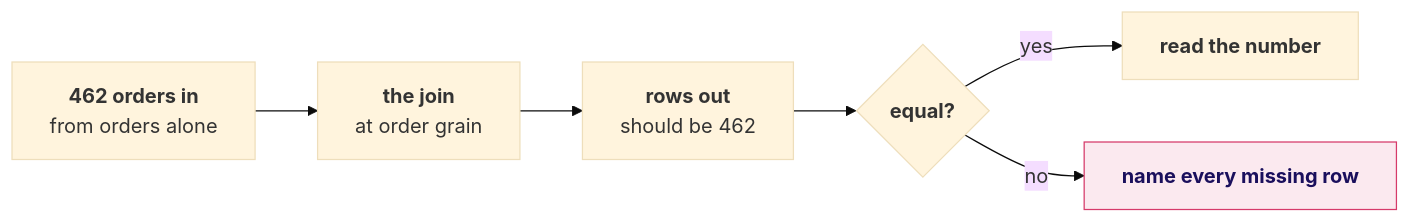
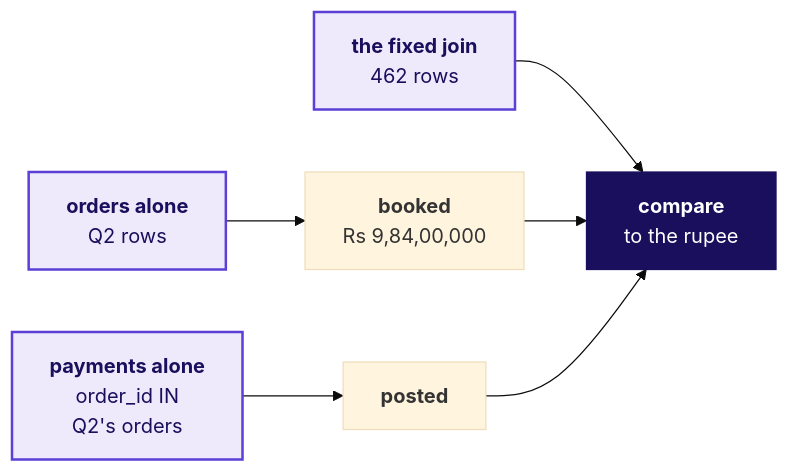
One commit to fde-academy-lab/c2-content-factory changed diagram 12 of 25 in content/W02/D2/slides/C2_W02_D02_half1_STUDENT.md. Above: the diagram before and after it, drawn with Mermaid (base theme). The commit also changed other lines of this file and 11 other files, not shown here.

````diff
--- a/content/W02/D2/slides/C2_W02_D02_half1_STUDENT.md
+++ b/content/W02/D2/slides/C2_W02_D02_half1_STUDENT.md
@@ -510,10 +843,12 @@
 ```mermaid
 flowchart LR
-    A["<b>462 orders in</b><br/>from orders alone"] --> J["<b>the join</b><br/>at order grain"]
-    J --> B["<b>rows out</b><br/>should be 462"]
-    B --> Q{"<b>equal?</b>"}
-    Q -->|"yes"| N["<b>read the number</b>"]
-    Q -->|"no"| E["<b>name every missing row</b>"]
-    classDef bad fill:#FBE9EF,stroke:#D63A6A,color:#1A0F5C
-    class E bad
+    O["<b>orders alone</b><br/>Q2 rows"] --> B["<b>booked</b><br/>Rs 9,84,00,000"]
+    P["<b>payments alone</b><br/>order_id IN<br/>Q2's orders"] --> S["<b>posted</b>"]
+    J["<b>the fixed join</b><br/>462 rows"] --> C["<b>compare</b><br/>to the rupee"]
+    B --> C
+    S --> C
+    classDef known fill:#EEEAFB,stroke:#5B3FD6,color:#1A0F5C,stroke-width:2px
+    classDef bet fill:#1A0F5C,stroke:#1A0F5C,color:#FFFFFF
+    class O,P,J known
+    class C bet
 ```
````
